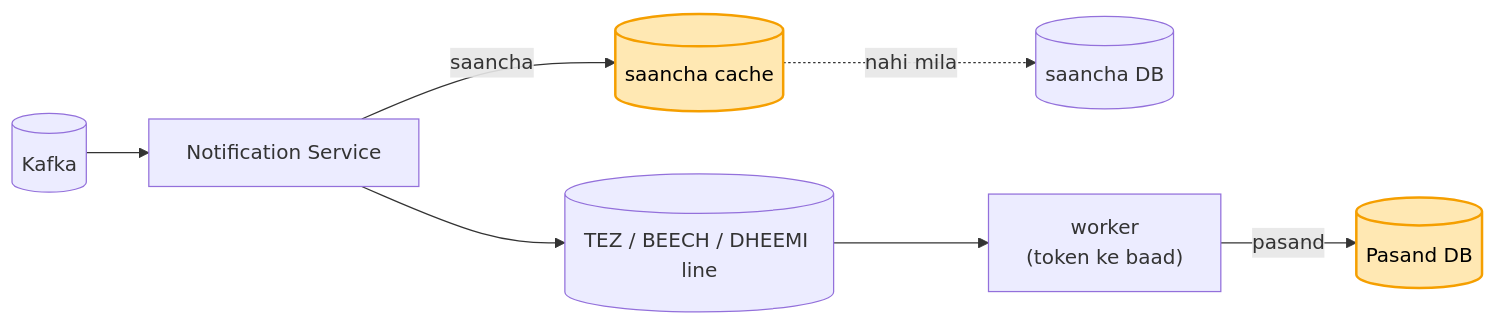
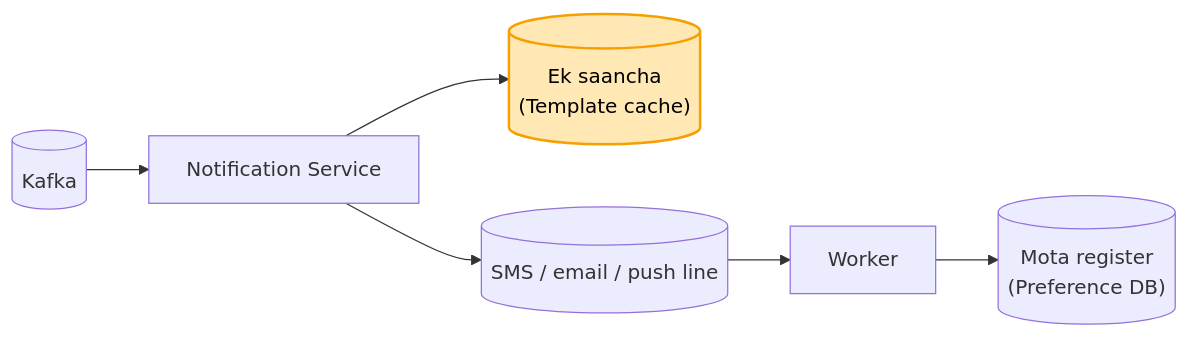
The fourth of 4 diagrams in 04_HLD/SYSTEM_DESIGNS/04_notification_system/04_notification_system.md (ArpanMaheshwari144/Prep), drawn with Mermaid before and after one commit. The commit also changed other lines of this file and 13 other files, not shown here.

````diff
--- a/04_HLD/SYSTEM_DESIGNS/04_notification_system/04_notification_system.md
+++ b/04_HLD/SYSTEM_DESIGNS/04_notification_system/04_notification_system.md
@@ -541,11 +161,9 @@
 ```mermaid
 flowchart LR
     K[("Kafka")] --> N["Notification Service"]
-    N -- "saancha" --> RC[("saancha cache")]
-    RC -. "nahi mila" .-> SD[("saancha DB")]
-    N --> L[("TEZ / BEECH / DHEEMI line")]
-    L --> W["worker<br/>(token ke baad)"]
-    W -- "pasand" --> PD[("Pasand DB")]
-    style RC fill:#ffe8b3,stroke:#f59f00,stroke-width:2px,color:#000
-    style PD fill:#ffe8b3,stroke:#f59f00,stroke-width:2px,color:#000
+    N --> TC[("Ek saancha<br/>(Template cache)")]
+    N --> L[("SMS / email / push line")]
+    L --> W["Worker"]
+    W --> PD[("Mota register<br/>(Preference DB)")]
+    style TC fill:#ffe8b3,stroke:#f59f00,stroke-width:2px,color:#000
 ```
````
